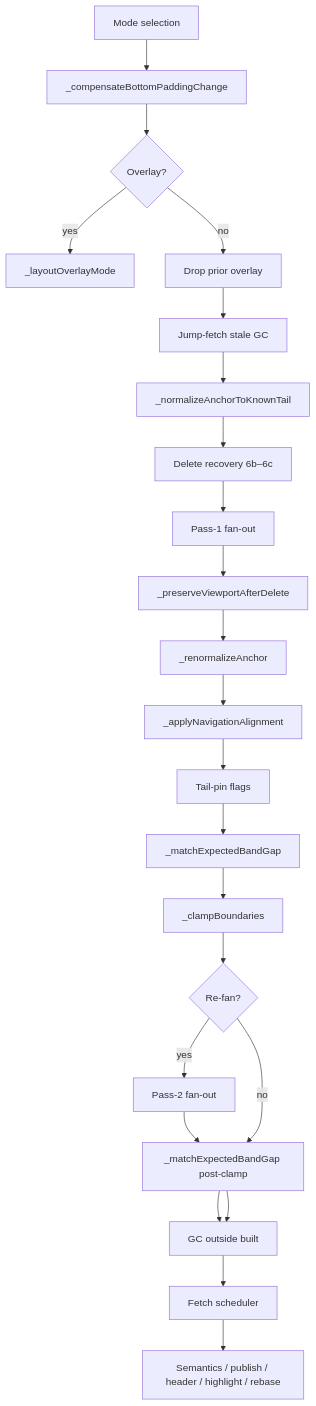
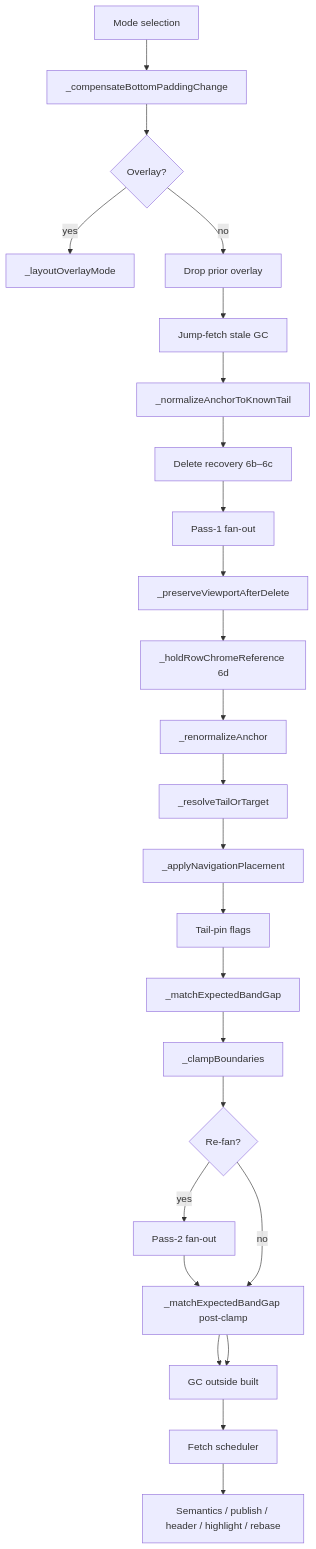
The diagram in docs/architecture/04-layout-pipeline.md (itsezlife/chat_scroll_view), drawn with Mermaid before and after one commit. The commit also changed other lines of this file and 103 other files, not shown here.

First line of the commit message:
Row chrome, day header policies and the unread bar lifecycle (#54)

````diff
--- a/docs/architecture/04-layout-pipeline.md
+++ b/docs/architecture/04-layout-pipeline.md
@@ -21,31 +21,33 @@
 ```mermaid
 flowchart TB
   Mode[Mode selection]
   Comp[_compensateBottomPaddingChange]
   Overlay{Overlay?}
   OverlayPath[_layoutOverlayMode]
   DropOverlay[Drop prior overlay]
   JumpGC[Jump-fetch stale GC]
   NormTail[_normalizeAnchorToKnownTail]
   DelRec[Delete recovery 6b–6c]
   Fan1[Pass-1 fan-out]
   Preserve[_preserveViewportAfterDelete]
+  Hold[_holdRowChromeReference 6d]
   Renorm[_renormalizeAnchor]
-  Align[_applyNavigationAlignment]
+  TailFit[_resolveTailOrTarget]
+  Align[_applyNavigationPlacement]
   Tail[Tail-pin flags]
   GapMatch[_matchExpectedBandGap]
   Clamp[_clampBoundaries]
   Fan2{Re-fan?}
   Fan2Yes[Pass-2 fan-out]
   GapMatch2[_matchExpectedBandGap post-clamp]
   GC[GC outside built]
   Fetch[Fetch scheduler]
   Pub[Semantics / publish / header / highlight / rebase]
 
   Mode --> Comp --> Overlay
   Overlay -->|yes| OverlayPath
-  Overlay -->|no| DropOverlay --> JumpGC --> NormTail --> DelRec --> Fan1 --> Preserve --> Renorm --> Align --> Tail --> GapMatch --> Clamp --> Fan2
+  Overlay -->|no| DropOverlay --> JumpGC --> NormTail --> DelRec --> Fan1 --> Preserve --> Hold --> Renorm --> TailFit --> Align --> Tail --> GapMatch --> Clamp --> Fan2
   Fan2 -->|yes| Fan2Yes --> GapMatch2 --> GC
   Fan2 -->|no| GapMatch2 --> GC
   GC --> Fetch --> Pub
 ```
````
